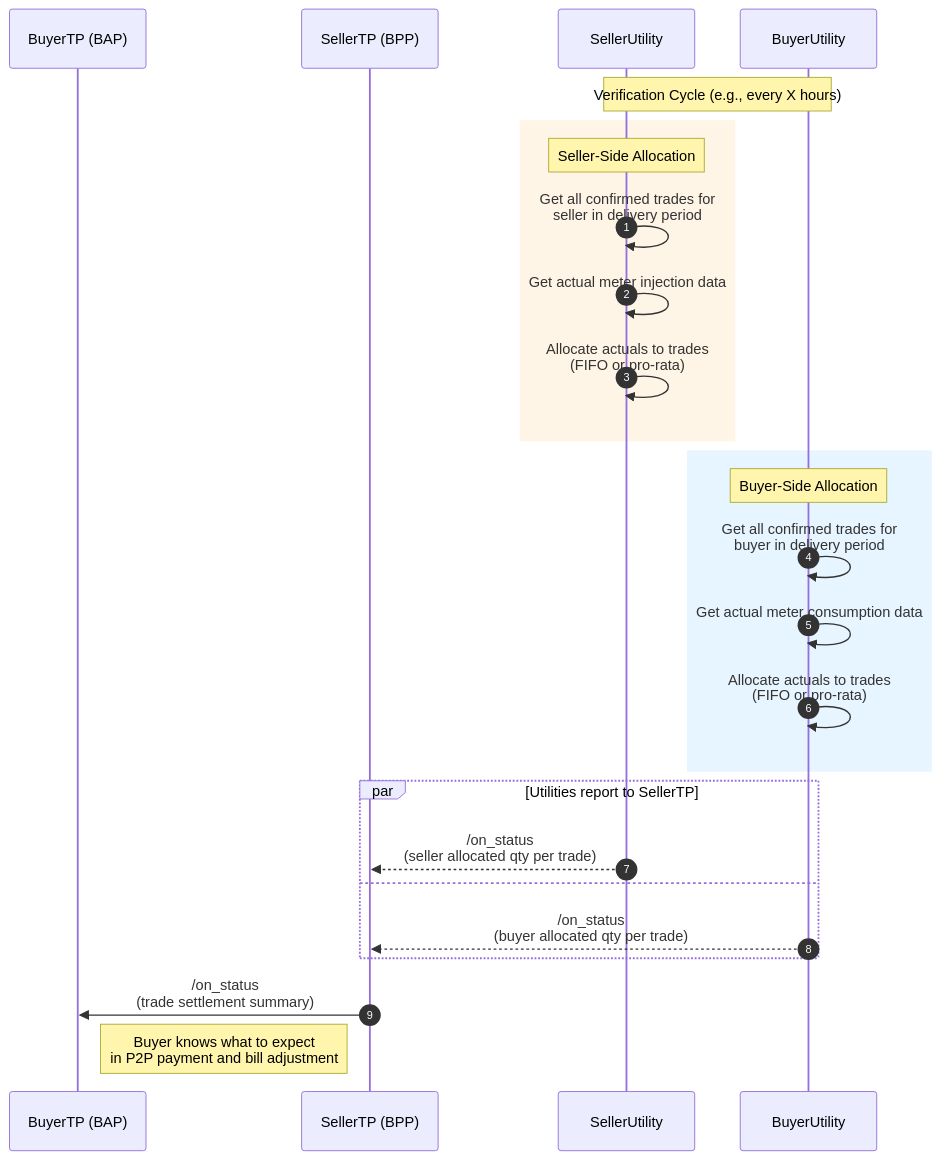
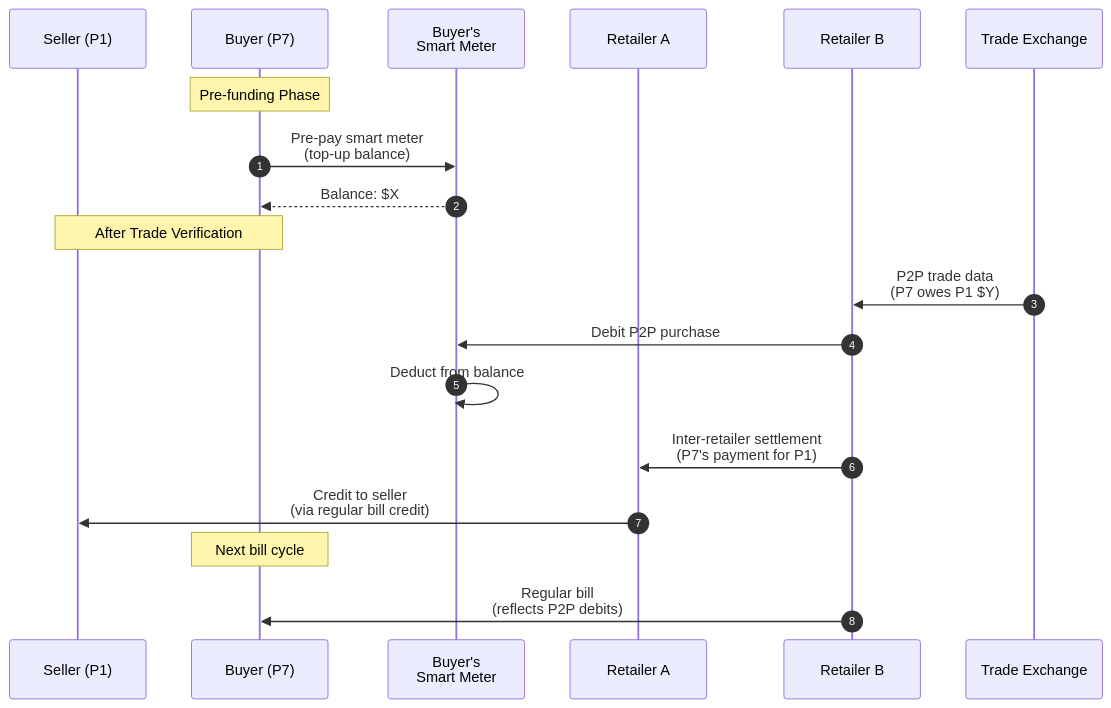
One commit to beckn/DEG changed the seventh of 11 diagrams in docs/implementation-guides/v2/P2P_Trading/Inter_energy_retailer_P2P_trading_draft.md. Above: the diagram before and after it, drawn with Mermaid. The commit also changed other lines of this file and 1 other file, not shown here.

Commit message:
reverted old inter discom arch file.

````diff
--- a/docs/implementation-guides/v2/P2P_Trading/Inter_energy_retailer_P2P_trading_draft.md
+++ b/docs/implementation-guides/v2/P2P_Trading/Inter_energy_retailer_P2P_trading_draft.md
@@ -459,33 +327,26 @@
 ```mermaid
 sequenceDiagram
     autonumber
-    participant BuyerTP as BuyerTP (BAP)
-    participant SellerTP as SellerTP (BPP)
-    participant SellerUtility as SellerUtility
-    participant BuyerUtility as BuyerUtility
+    participant S as Seller (P1)
+    participant B as Buyer (P7)
+    participant SM_B as Buyer's<br/>Smart Meter
+    participant RA as Retailer A
+    participant RB as Retailer B
+    participant TE as Trade Exchange
 
-    Note over SellerUtility,BuyerUtility: Verification Cycle (e.g., every X hours)
+    Note over B: Pre-funding Phase
+    B->>SM_B: Pre-pay smart meter<br/>(top-up balance)
+    SM_B-->>B: Balance: $X
 
-    rect rgb(255, 245, 230)
-    Note over SellerUtility: Seller-Side Allocation
-    SellerUtility->>SellerUtility: Get all confirmed trades for<br/>seller in delivery period
-    SellerUtility->>SellerUtility: Get actual meter injection data
-    SellerUtility->>SellerUtility: Allocate actuals to trades<br/>(FIFO or pro-rata)
-    end
+    Note over S,B: After Trade Verification
+    TE->>RB: P2P trade data<br/>(P7 owes P1 $Y)
 
-    rect rgb(230, 245, 255)
-    Note over BuyerUtility: Buyer-Side Allocation
-    BuyerUtility->>BuyerUtility: Get all confirmed trades for<br/>buyer in delivery period
-    BuyerUtility->>BuyerUtility: Get actual meter consumption data
-    BuyerUtility->>BuyerUtility: Allocate actuals to trades<br/>(FIFO or pro-rata)
-    end
+    RB->>SM_B: Debit P2P purchase
+    SM_B->>SM_B: Deduct from balance
 
-    par Utilities report to SellerTP
-        SellerUtility-->>SellerTP: /on_status<br/>(seller allocated qty per trade)
-    and
-        BuyerUtility-->>SellerTP: /on_status<br/>(buyer allocated qty per trade)
-    end
+    RB->>RA: Inter-retailer settlement<br/>(P7's payment for P1)
+    RA->>S: Credit to seller<br/>(via regular bill credit)
 
-    SellerTP->>BuyerTP: /on_status<br/>(trade settlement summary)
-    Note right of BuyerTP: Buyer knows what to expect<br/>in P2P payment and bill adjustment
+    Note over B: Next bill cycle
+    RB->>B: Regular bill<br/>(reflects P2P debits)
 ```
````
